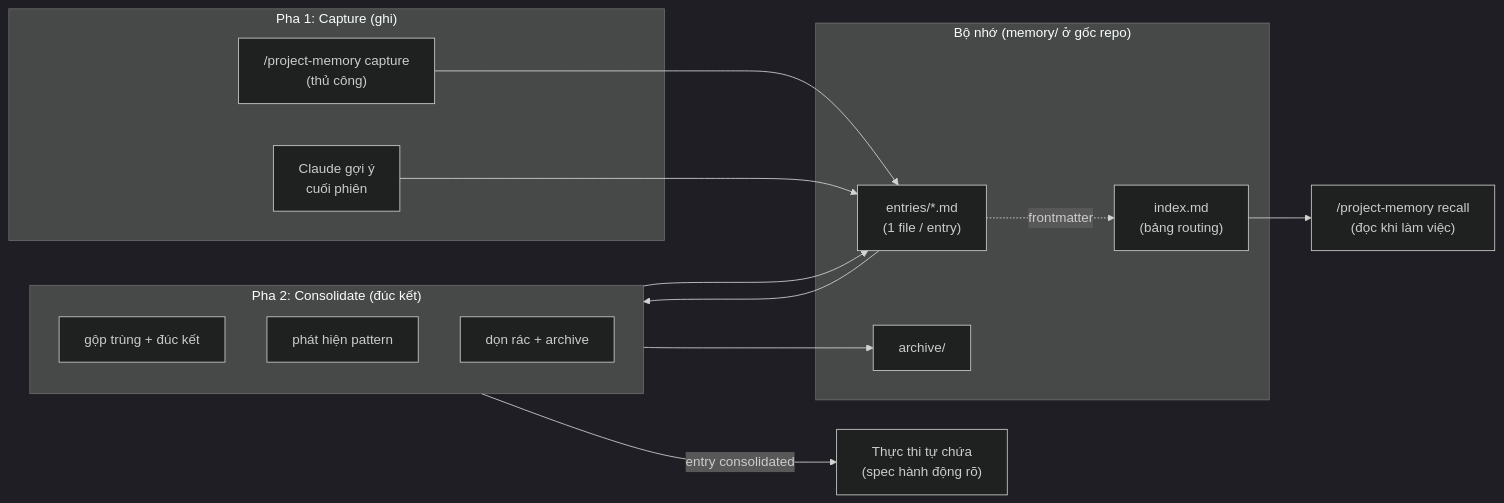
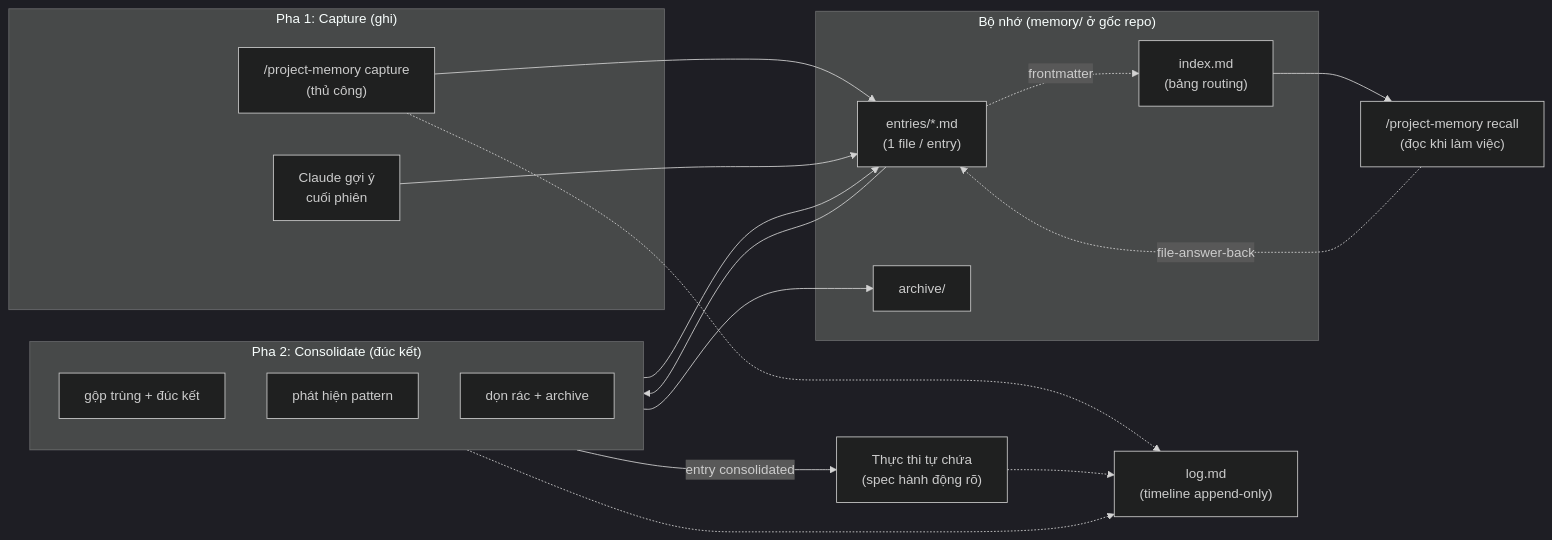
Before and after one commit to hoangvantuan/claude-plugin: the first of 2 diagrams in docs/superpowers/specs/2026-06-05-project-memory-design.md, drawn with Mermaid (dark theme). The commit also changed other lines of this file, not shown here.

````diff
--- a/docs/superpowers/specs/2026-06-05-project-memory-design.md
+++ b/docs/superpowers/specs/2026-06-05-project-memory-design.md
@@ -40,28 +42,33 @@
 ```mermaid
 flowchart LR
     subgraph CAPTURE["Pha 1: Capture (ghi)"]
         A1["/project-memory capture<br/>(thủ công)"]
         A2["Claude gợi ý<br/>cuối phiên"]
     end
     subgraph STORE["Bộ nhớ (memory/ ở gốc repo)"]
         IDX["index.md<br/>(bảng routing)"]
         ENT["entries/*.md<br/>(1 file / entry)"]
         ARC["archive/"]
     end
     subgraph CONSOL["Pha 2: Consolidate (đúc kết)"]
         C1["gộp trùng + đúc kết"]
         C2["phát hiện pattern"]
         C3["dọn rác + archive"]
     end
     RECALL["/project-memory recall<br/>(đọc khi làm việc)"]
     EXEC["Thực thi tự chứa<br/>(spec hành động rõ)"]
+    LOG["log.md<br/>(timeline append-only)"]
 
     A1 --> ENT
     A2 --> ENT
     ENT -.->|"frontmatter"| IDX
     IDX --> RECALL
     ENT --> CONSOL
     CONSOL --> ENT
     CONSOL --> ARC
     CONSOL -->|"entry consolidated"| EXEC
+    RECALL -.->|"file-answer-back"| ENT
+    A1 -.-> LOG
+    CONSOL -.-> LOG
+    EXEC -.-> LOG
 ```
````
